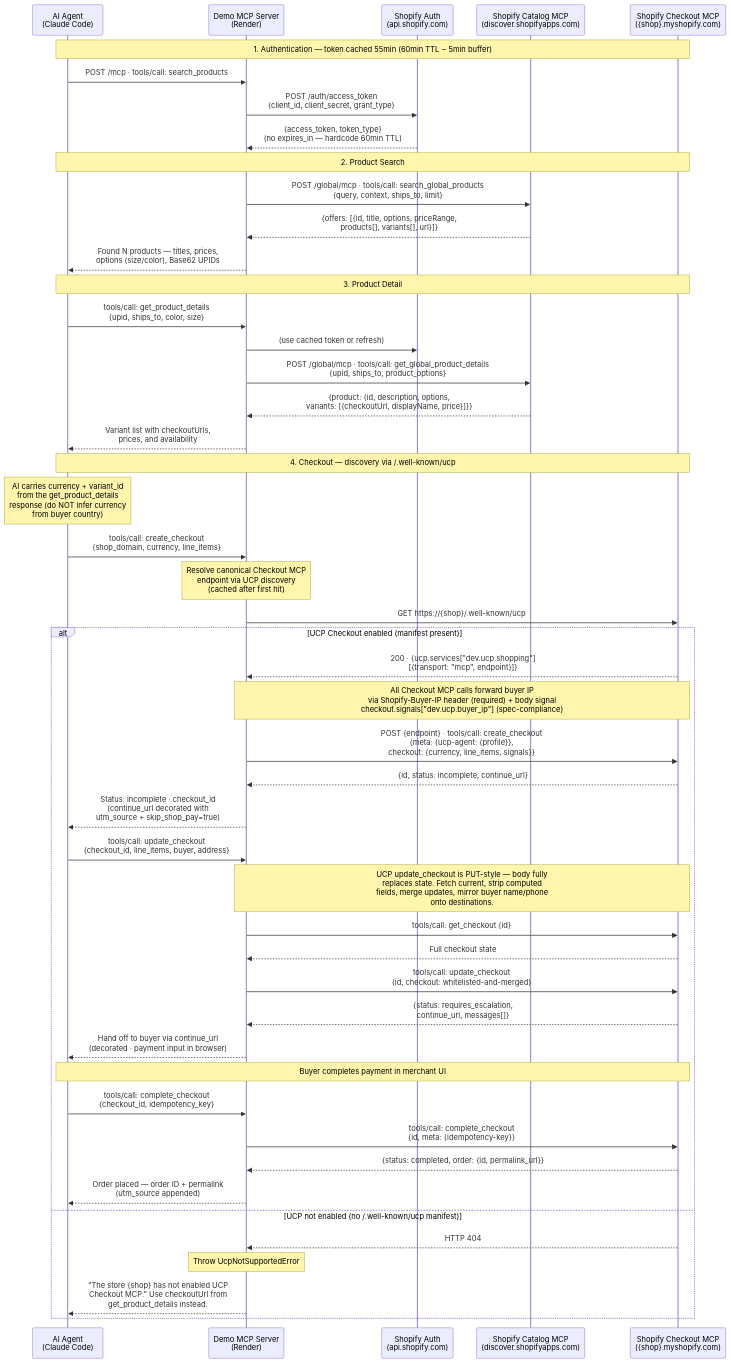
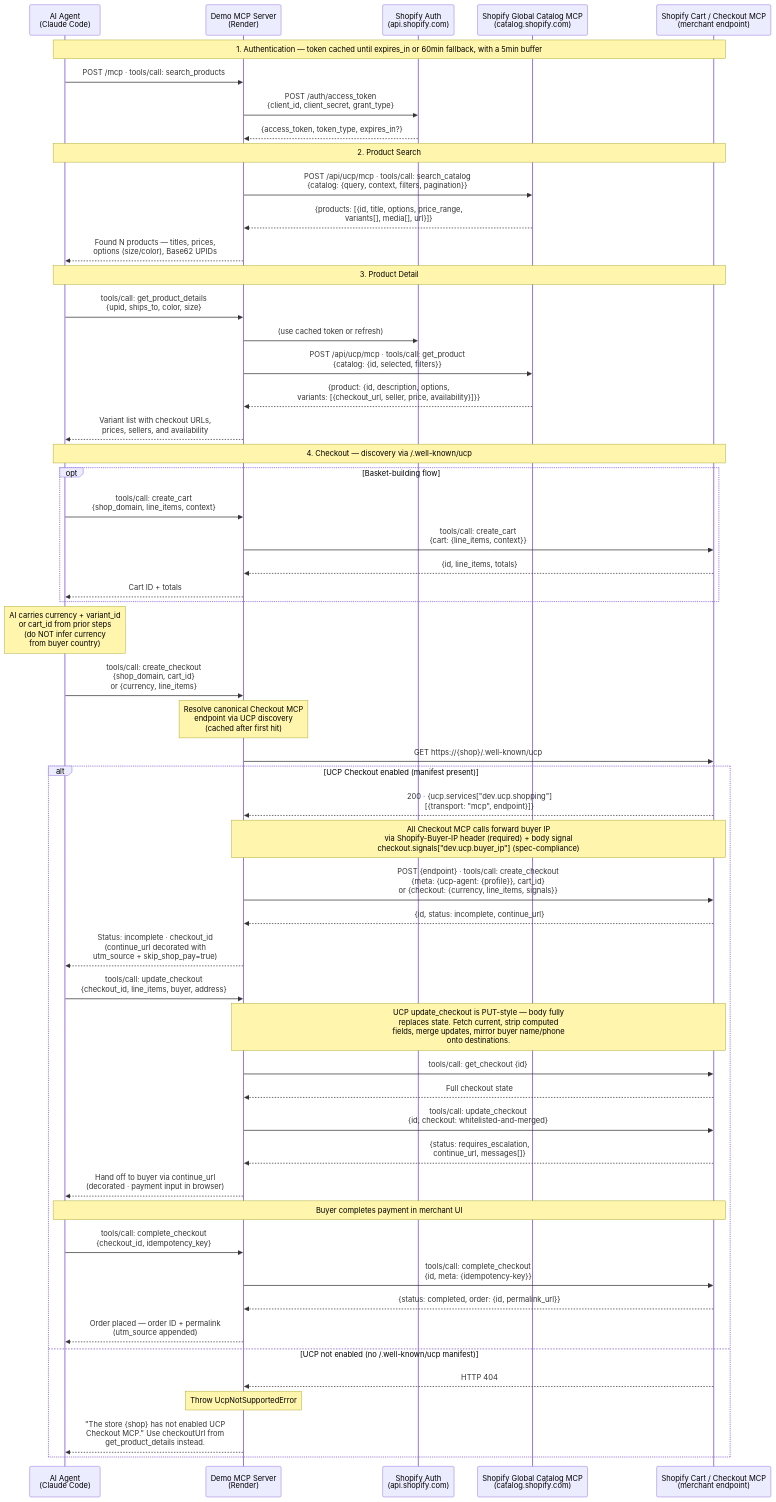
Before and after one commit to benzookapi/shopify-ucp-demo-mcp: the diagram in docs/sequence-diagram.md, drawn with Mermaid. The commit also changed other lines of this file and 4 other files, not shown here.

Commit message:
Document current UCP Catalog and cart flows

````diff
--- a/docs/sequence-diagram.md
+++ b/docs/sequence-diagram.md
@@ -5,66 +5,73 @@
 ```mermaid
 sequenceDiagram
     participant A as AI Agent<br/>(Claude Code)
     participant M as Demo MCP Server<br/>(Render)
     participant T as Shopify Auth<br/>(api.shopify.com)
-    participant C as Shopify Catalog MCP<br/>(discover.shopifyapps.com)
-    participant K as Shopify Checkout MCP<br/>({shop}.myshopify.com)
+    participant C as Shopify Global Catalog MCP<br/>(catalog.shopify.com)
+    participant K as Shopify Cart / Checkout MCP<br/>(merchant endpoint)
 
-    Note over A,K: 1. Authentication — token cached 55min (60min TTL − 5min buffer)
+    Note over A,K: 1. Authentication — token cached until expires_in or 60min fallback, with a 5min buffer
 
     A->>M: POST /mcp · tools/call: search_products
     M->>T: POST /auth/access_token<br/>{client_id, client_secret, grant_type}
-    T-->>M: {access_token, token_type}<br/>(no expires_in — hardcode 60min TTL)
+    T-->>M: {access_token, token_type, expires_in?}
 
     Note over A,K: 2. Product Search
 
-    M->>C: POST /global/mcp · tools/call: search_global_products<br/>{query, context, ships_to, limit}
-    C-->>M: {offers: [{id, title, options, priceRange,<br/>products[], variants[], url}]}
+    M->>C: POST /api/ucp/mcp · tools/call: search_catalog<br/>{catalog: {query, context, filters, pagination}}
+    C-->>M: {products: [{id, title, options, price_range,<br/>variants[], media[], url}]}
     M-->>A: Found N products — titles, prices,<br/>options (size/color), Base62 UPIDs
 
     Note over A,K: 3. Product Detail
 
     A->>M: tools/call: get_product_details<br/>{upid, ships_to, color, size}
     M->>T: (use cached token or refresh)
-    M->>C: POST /global/mcp · tools/call: get_global_product_details<br/>{upid, ships_to, product_options}
-    C-->>M: {product: {id, description, options,<br/>variants: [{checkoutUrl, displayName, price}]}}
-    M-->>A: Variant list with checkoutUrls,<br/>prices, and availability
+    M->>C: POST /api/ucp/mcp · tools/call: get_product<br/>{catalog: {id, selected, filters}}
+    C-->>M: {product: {id, description, options,<br/>variants: [{checkout_url, seller, price, availability}]}}
+    M-->>A: Variant list with checkout URLs,<br/>prices, sellers, and availability
 
     Note over A,K: 4. Checkout — discovery via /.well-known/ucp
 
-    Note over A: AI carries currency + variant_id<br/>from the get_product_details<br/>response (do NOT infer currency<br/>from buyer country)
-    A->>M: tools/call: create_checkout<br/>{shop_domain, currency, line_items}
+    opt Basket-building flow
+        A->>M: tools/call: create_cart<br/>{shop_domain, line_items, context}
+        M->>K: tools/call: create_cart<br/>{cart: {line_items, context}}
+        K-->>M: {id, line_items, totals}
+        M-->>A: Cart ID + totals
+    end
+
+    Note over A: AI carries currency + variant_id<br/>or cart_id from prior steps<br/>(do NOT infer currency<br/>from buyer country)
+    A->>M: tools/call: create_checkout<br/>{shop_domain, cart_id}<br/>or {currency, line_items}
 
     Note over M: Resolve canonical Checkout MCP<br/>endpoint via UCP discovery<br/>(cached after first hit)
     M->>K: GET https://{shop}/.well-known/ucp
 
     alt UCP Checkout enabled (manifest present)
         K-->>M: 200 · {ucp.services["dev.ucp.shopping"]<br/>[{transport: "mcp", endpoint}]}
 
         Note over M,K: All Checkout MCP calls forward buyer IP<br/>via Shopify-Buyer-IP header (required) + body signal<br/>checkout.signals["dev.ucp.buyer_ip"] (spec-compliance)
-        M->>K: POST {endpoint} · tools/call: create_checkout<br/>{meta: {ucp-agent: {profile}},<br/>checkout: {currency, line_items, signals}}
+        M->>K: POST {endpoint} · tools/call: create_checkout<br/>{meta: {ucp-agent: {profile}}, cart_id}<br/>or {checkout: {currency, line_items, signals}}
         K-->>M: {id, status: incomplete, continue_url}
         M-->>A: Status: incomplete · checkout_id<br/>(continue_url decorated with<br/>utm_source + skip_shop_pay=true)
 
         A->>M: tools/call: update_checkout<br/>{checkout_id, line_items, buyer, address}
 
         Note over M,K: UCP update_checkout is PUT-style — body fully<br/>replaces state. Fetch current, strip computed<br/>fields, merge updates, mirror buyer name/phone<br/>onto destinations.
         M->>K: tools/call: get_checkout {id}
         K-->>M: Full checkout state
         M->>K: tools/call: update_checkout<br/>{id, checkout: whitelisted-and-merged}
         K-->>M: {status: requires_escalation,<br/>continue_url, messages[]}
         M-->>A: Hand off to buyer via continue_url<br/>(decorated · payment input in browser)
 
         Note over A,K: Buyer completes payment in merchant UI
 
         A->>M: tools/call: complete_checkout<br/>{checkout_id, idempotency_key}
         M->>K: tools/call: complete_checkout<br/>{id, meta: {idempotency-key}}
         K-->>M: {status: completed, order: {id, permalink_url}}
         M-->>A: Order placed — order ID + permalink<br/>(utm_source appended)
 
     else UCP not enabled (no /.well-known/ucp manifest)
         K-->>M: HTTP 404
         Note over M: Throw UcpNotSupportedError
         M-->>A: "The store {shop} has not enabled UCP<br/>Checkout MCP." Use checkoutUrl from<br/>get_product_details instead.
     end
 ```
````
